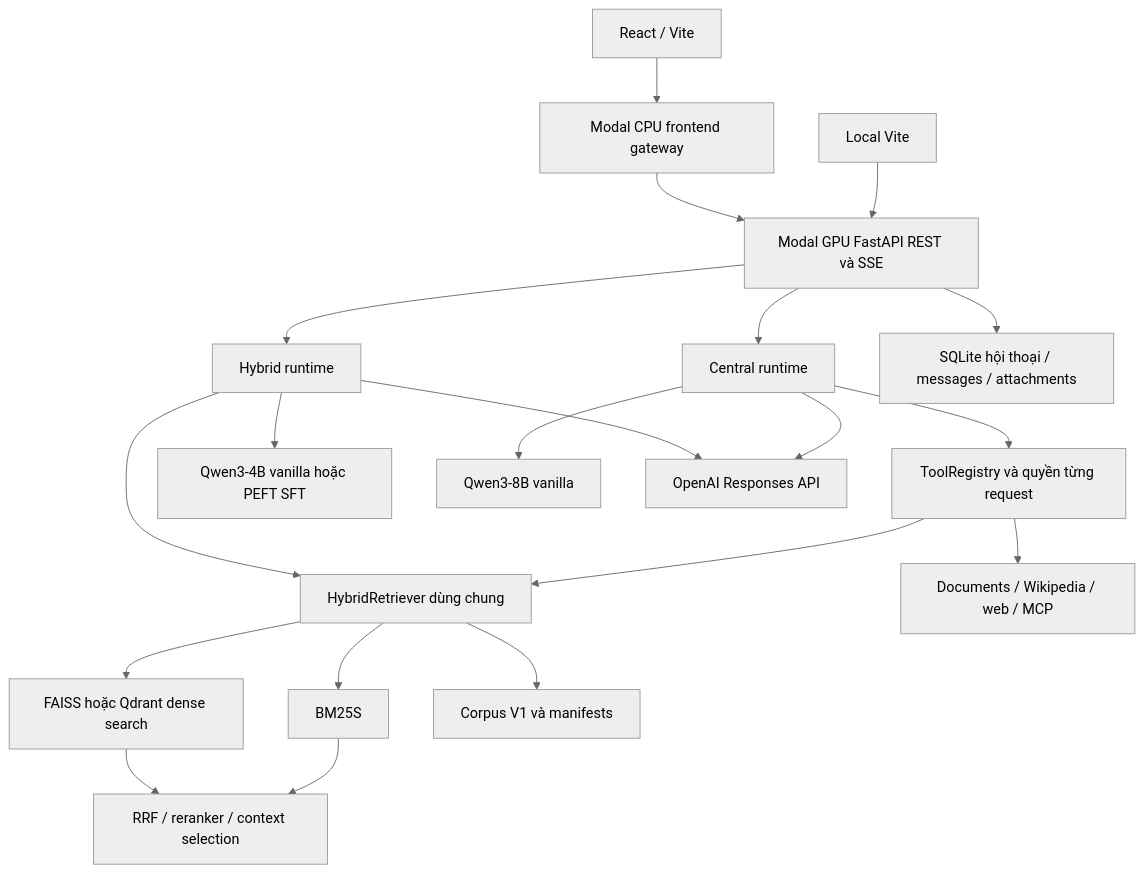
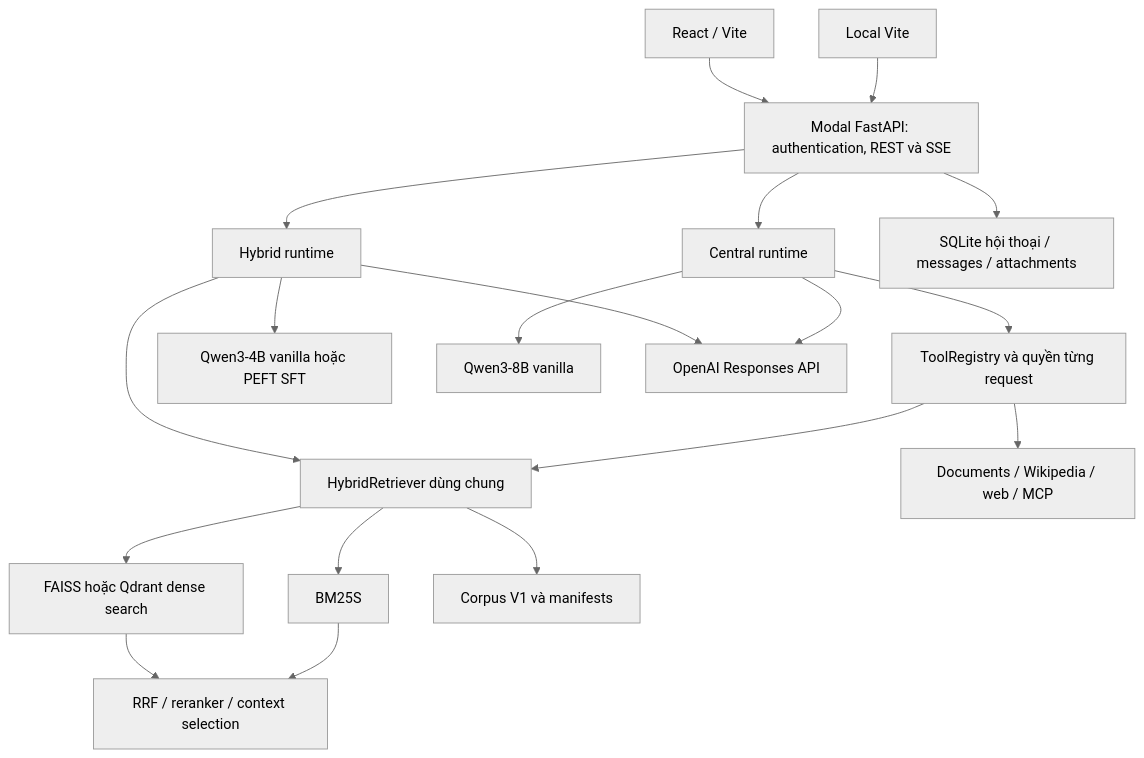
Before and after one commit to ChuTungDuongg/Chatbot_answering_vietnamese_history: the diagram in docs/ARCHITECTURE.md, drawn with Mermaid (neutral theme). The commit also changed other lines of this file and 25 other files, not shown here.

````diff
--- a/docs/ARCHITECTURE.md
+++ b/docs/ARCHITECTURE.md
@@ -5,22 +5,21 @@
 ```mermaid
 flowchart TD
-    UI[React / Vite] --> GW[Modal CPU frontend gateway]
-    GW --> API[Modal GPU FastAPI REST và SSE]
+    UI[React / Vite] --> API[Modal FastAPI: authentication, REST và SSE]
     LOCAL[Local Vite] --> API
     API --> H[Hybrid runtime]
     API --> C[Central runtime]
     H --> R[HybridRetriever dùng chung]
     C --> T[ToolRegistry và quyền từng request]
     T --> R
     T --> E[Documents / Wikipedia / web / MCP]
     R --> F[FAISS hoặc Qdrant dense search]
     R --> B[BM25S]
     R --> DATA[Corpus V1 và manifests]
     F --> RR[RRF / reranker / context selection]
     B --> RR
     H --> Q4[Qwen3-4B vanilla hoặc PEFT SFT]
     C --> Q8[Qwen3-8B vanilla]
     H --> O[OpenAI Responses API]
     C --> O
     API --> DB[SQLite hội thoại / messages / attachments]
 ```
````
